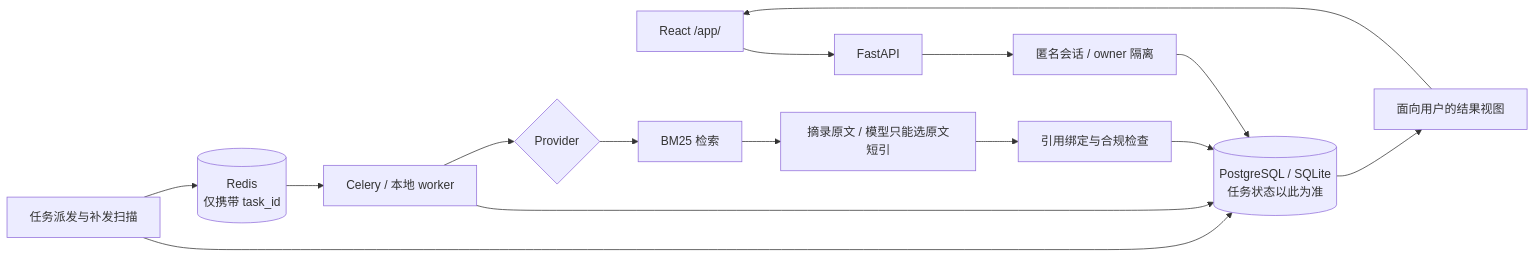
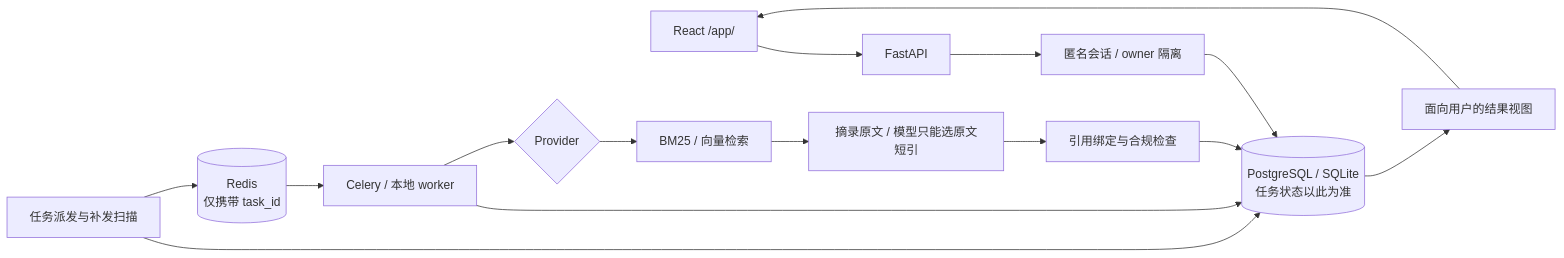
The diagram in README.md (control-coder/medcite), drawn with Mermaid before and after one commit. The commit also changed other lines of this file, not shown here.

````diff
--- a/README.md
+++ b/README.md
@@ -58,16 +45,16 @@
 ```mermaid
 flowchart LR
     UI[React /app/] --> API[FastAPI]
     API --> ID[匿名会话 / owner 隔离]
     ID --> DB[(PostgreSQL / SQLite<br/>任务状态以此为准)]
     S[任务派发与补发扫描] --> DB
     S --> Q[(Redis<br/>仅携带 task_id)]
     Q --> W[Celery / 本地 worker]
     W --> DB
     W --> P{Provider}
-    P --> R[BM25 检索]
+    P --> R[BM25 / 向量检索]
     R --> G[摘录原文 / 模型只能选原文短引]
     G --> V[引用绑定与合规检查]
     V --> DB
     DB --> PRJ[面向用户的结果视图] --> UI
 ```
````
